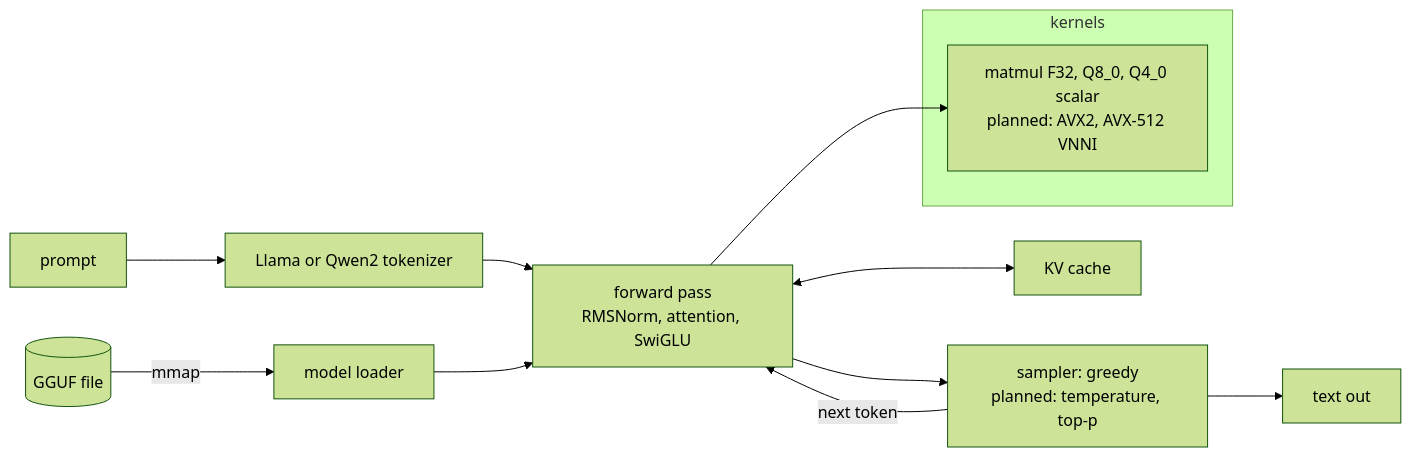
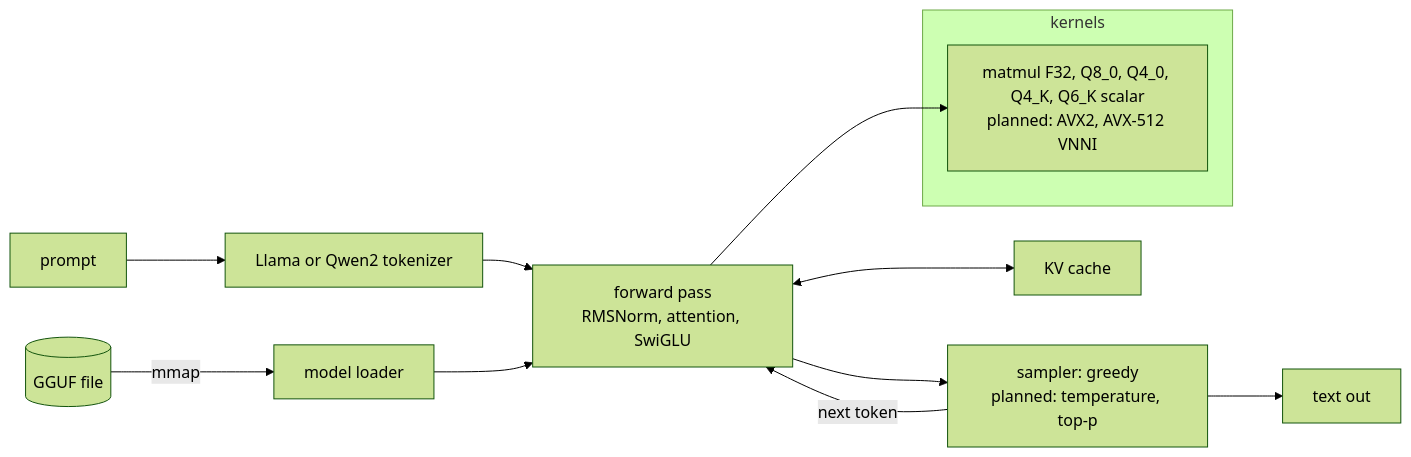
Before and after one commit to DanielMellen-University/Neuron: the diagram in README.md, drawn with Mermaid (forest theme). The commit also changed other lines of this file and 2 other files, not shown here.

````diff
--- a/README.md
+++ b/README.md
@@ -119,15 +119,15 @@
 ```mermaid
 flowchart LR
   P[prompt] --> T[Llama or Qwen2 tokenizer]
   G[(GGUF file)] -->|mmap| L[model loader]
   T --> F
   L --> F[forward pass<br/>RMSNorm, attention, SwiGLU]
   F <--> K[KV cache]
   F --> S[sampler: greedy<br/>planned: temperature, top-p]
   S -->|next token| F
   S --> O[text out]
   subgraph kernels
-    M[matmul F32, Q8_0, Q4_0 scalar<br/>planned: AVX2, AVX-512 VNNI]
+    M[matmul F32, Q8_0, Q4_0, Q4_K, Q6_K scalar<br/>planned: AVX2, AVX-512 VNNI]
   end
   F --> M
 ```
````
